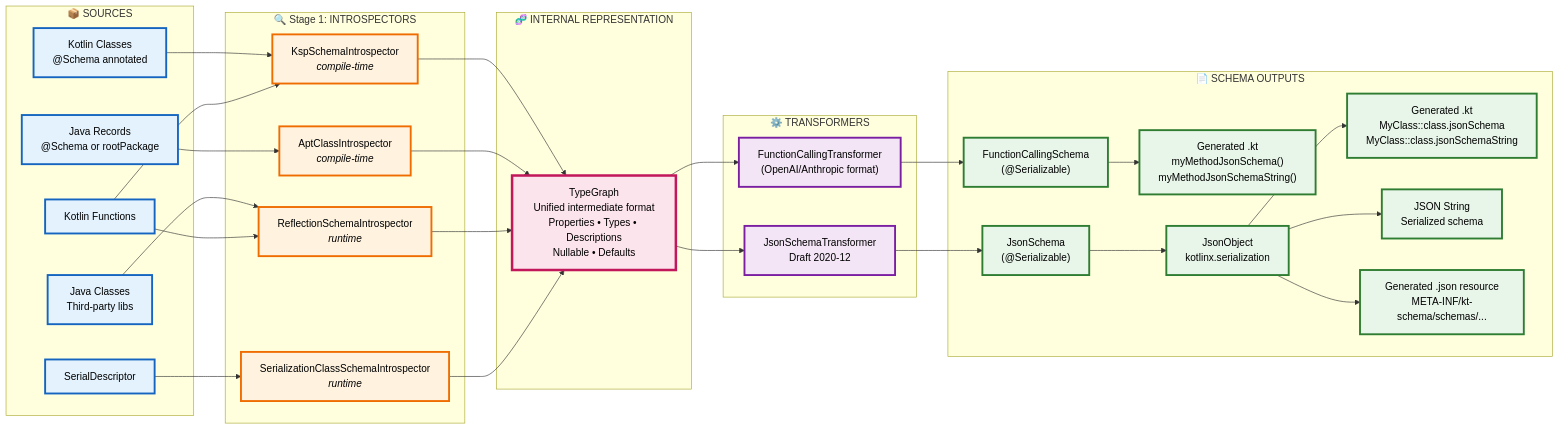
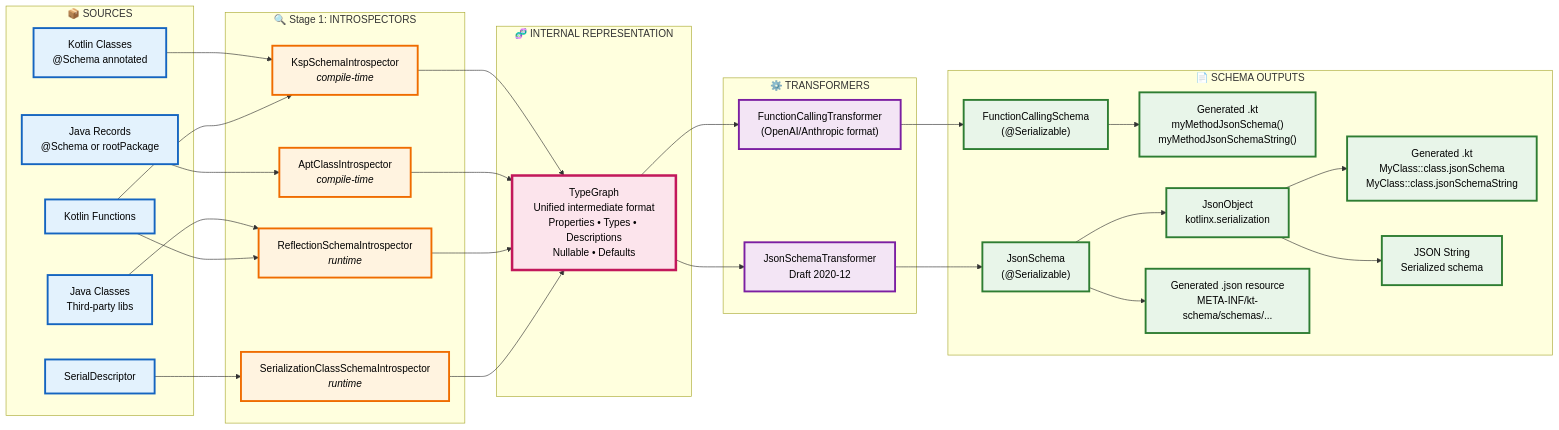
One commit to kpavlov/kt-schema changed the first of 3 diagrams in docs/architecture.md. Above: the diagram before and after it, drawn with Mermaid. The commit also changed 9 other files, not shown here.

````diff
--- a/docs/architecture.md
+++ b/docs/architecture.md
@@ -22,71 +22,71 @@
 ```mermaid
 graph LR
     subgraph Sources["📦 SOURCES"]
         Kotlin["Kotlin Classes<br/>@Schema annotated"]
         KSerializer["SerialDescriptor"]
         Java["Java Classes<br/>Third-party libs"]
         JavaApt["Java Records<br/>@Schema or rootPackage"]
         Functions["Kotlin Functions"]
     end
 
     subgraph Introspectors["🔍 Stage 1: INTROSPECTORS"]
         KSP["KspSchemaIntrospector<br/><i>compile-time</i>"]
         Apt["AptClassIntrospector<br/><i>compile-time</i>"]
         Reflect["ReflectionSchemaIntrospector<br/><i>runtime</i>"]
         Serialization["SerializationClassSchemaIntrospector<br/><i>runtime</i>"]
     end
 
     subgraph IR["🧬 INTERNAL REPRESENTATION"]
         TypeGraph["TypeGraph<br/>Unified intermediate format<br/>Properties • Types • Descriptions<br/>Nullable • Defaults"]
     end
 
     subgraph Transformers["⚙️ TRANSFORMERS"]
         JsonTransform["JsonSchemaTransformer<br/>Draft 2020-12"]
         FuncTransform["FunctionCallingTransformer<br/>(OpenAI/Anthropic format)"]
     end
 
     subgraph Output["📄 SCHEMA OUTPUTS"]
         KtClass["Generated .kt<br/>MyClass::class.jsonSchema<br/>MyClass::class.jsonSchemaString"]
         KtFunc["Generated .kt<br/>myMethodJsonSchema()<br/>myMethodJsonSchemaString()"]
         JsonSchema["JsonSchema<br/>(@Serializable)"]
         JsonObj["JsonObject<br/>kotlinx.serialization"]
         JsonStr["JSON String<br/>Serialized schema"]
         AptResource["Generated .json resource<br/>META-INF/kt-schema/schemas/..."]
         FuncSchema["FunctionCallingSchema<br/>(@Serializable)"]
     end
 
     Kotlin --> KSP
     KSerializer --> Serialization
     Java --> Reflect
     JavaApt --> Apt
     Functions --> KSP
     Functions --> Reflect
 
     KSP --> TypeGraph
     Apt --> TypeGraph
     Reflect --> TypeGraph
     Serialization --> TypeGraph
 
     TypeGraph --> JsonTransform
     TypeGraph --> FuncTransform
 
     JsonTransform --> JsonSchema
     FuncTransform --> FuncSchema
     JsonSchema --> JsonObj
+    JsonSchema --> AptResource
     FuncSchema --> KtFunc
     JsonObj --> JsonStr
     JsonObj --> KtClass
-    JsonObj --> AptResource
 
     classDef sourceStyle fill:#e3f2fd,stroke:#1565c0,stroke-width:3px,color:#000
     classDef introspectorStyle fill:#fff3e0,stroke:#ef6c00,stroke-width:3px,color:#000
     classDef irStyle fill:#fce4ec,stroke:#c2185b,stroke-width:4px,color:#000
     classDef transformStyle fill:#f3e5f5,stroke:#7b1fa2,stroke-width:3px,color:#000
     classDef outputStyle fill:#e8f5e9,stroke:#2e7d32,stroke-width:3px,color:#000
 
     class Kotlin,Java,JavaApt,Functions,KSerializer sourceStyle
     class KSP,Apt,Reflect,Serialization introspectorStyle
     class TypeGraph irStyle
     class JsonTransform,FuncTransform transformStyle
     class KtClass,KtFunc,JsonSchema,FuncSchema,JsonObj,JsonStr,AptResource outputStyle
 ```
````
